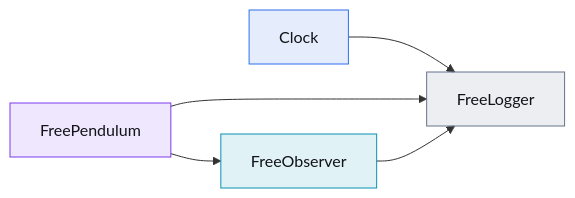
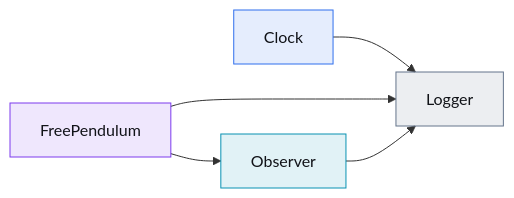
One commit to aidagroup/regelum changed the second of 2 diagrams in docs/examples/free_pendulum.md. Above: the diagram before and after it, drawn with Mermaid. The commit also changed other lines of this file and 2 other files, not shown here.

Commit message:
docs(examples): simplify free pendulum node names

````diff
--- a/docs/examples/free_pendulum.md
+++ b/docs/examples/free_pendulum.md
@@ -65,16 +65,16 @@
 ```mermaid
 flowchart LR
-    clock["Clock"] --> logger["FreeLogger"]
-    pendulum["FreePendulum"] --> observer["FreeObserver"]
+    clock["Clock"] --> logger["Logger"]
+    pendulum["FreePendulum"] --> observer["Observer"]
     pendulum --> logger
     observer --> logger
 
     classDef pendulum fill:#7c3aed1f,stroke:#7c3aed,color:#111318
     classDef observer fill:#0891b21f,stroke:#0891b2,color:#111318
     classDef logger fill:#64748b1f,stroke:#64748b,color:#111318
     classDef clock fill:#2f6fed1f,stroke:#2f6fed,color:#111318
     class pendulum pendulum
     class observer observer
     class logger logger
     class clock clock
 ```
````
